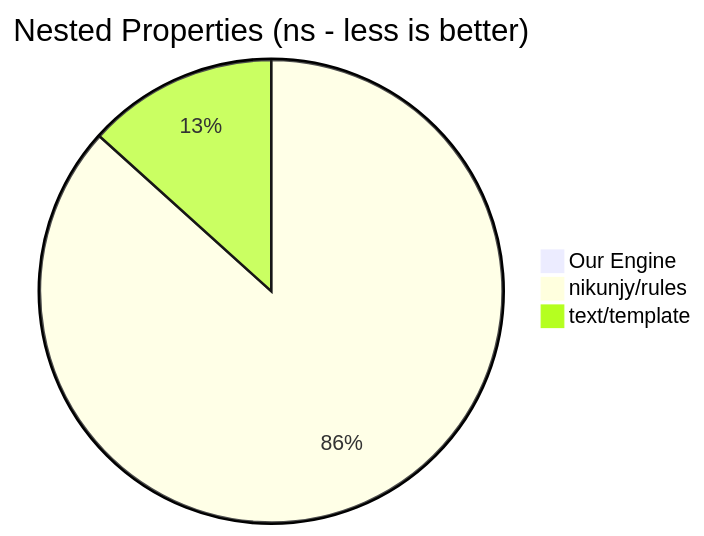
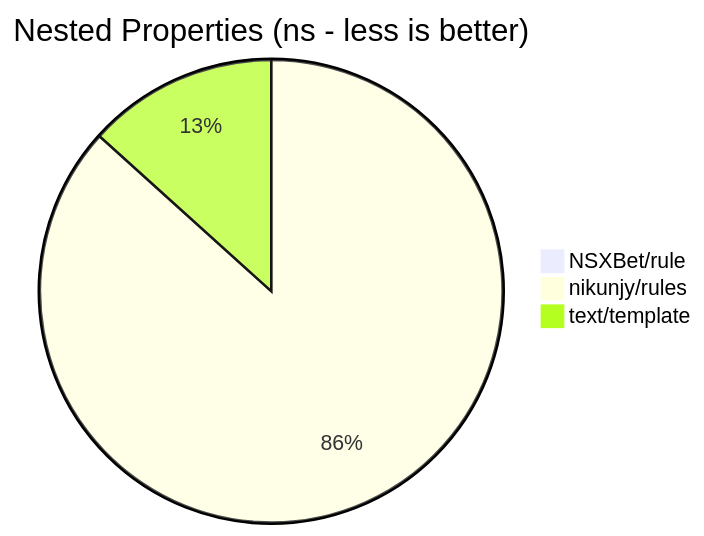
One commit to NSXBet/rule changed the fifth of 6 diagrams in README.md. Above: the diagram before and after it, drawn with Mermaid. The commit also changed other lines of this file, not shown here.

````diff
--- a/README.md
+++ b/README.md
@@ -515,6 +515,6 @@
 ```mermaid
 pie title Nested Properties (ns - less is better)
-    "Our Engine" : 45.54
+    "NSXBet/rule" : 45.54
     "nikunjy/rules" : 4823
     "text/template" : 740.7
 ```
````
